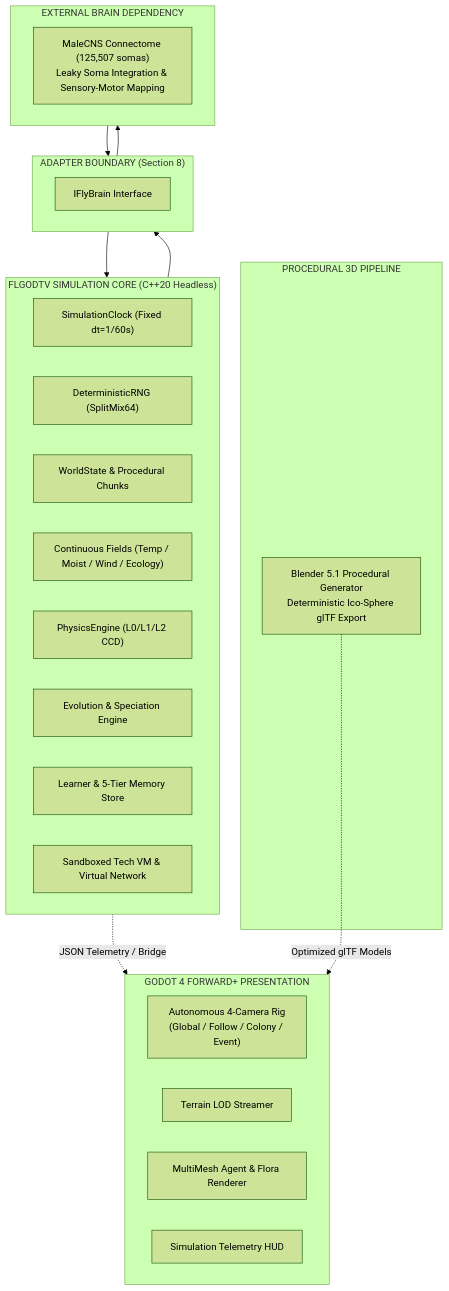
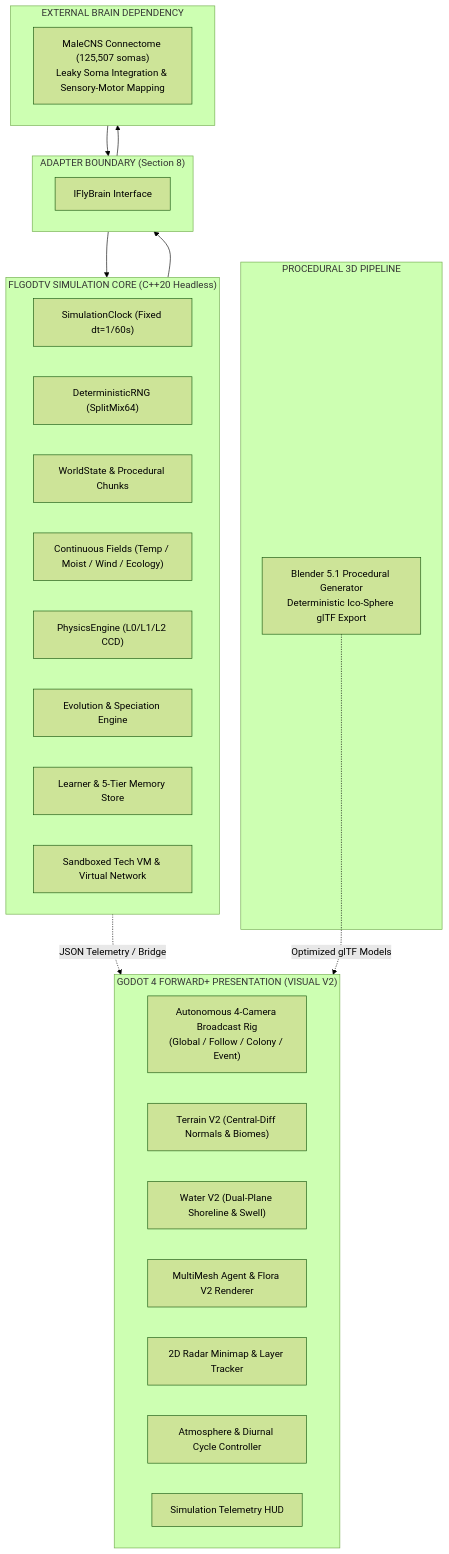
One commit to timfromhcs/flgodtv changed the diagram in README.md. Above: the diagram before and after it, drawn with Mermaid (forest theme). The commit also changed other lines of this file and 31 other files, not shown here.

Commit message:
feat(visual-v2): implement visual v2 presentation, terrain v2, water v2, minimap radar, and diurnal atmosphere

````diff
--- a/README.md
+++ b/README.md
@@ -135,39 +135,42 @@
 ```mermaid
 flowchart TD
     subgraph FLGOD_CORE["FLGODTV SIMULATION CORE (C++20 Headless)"]
         Clock["SimulationClock (Fixed dt=1/60s)"]
         RNG["DeterministicRNG (SplitMix64)"]
         World["WorldState & Procedural Chunks"]
         Fields["Continuous Fields (Temp / Moist / Wind / Ecology)"]
         Physics["PhysicsEngine (L0/L1/L2 CCD)"]
         Evolution["Evolution & Speciation Engine"]
         Learning["Learner & 5-Tier Memory Store"]
         Tech["Sandboxed Tech VM & Virtual Network"]
     end
 
     subgraph ADAPTER["ADAPTER BOUNDARY (Section 8)"]
         BrainIF["IFlyBrain Interface"]
     end
 
     subgraph EXTERNAL["EXTERNAL BRAIN DEPENDENCY"]
         MaleCNS["MaleCNS Connectome (125,507 somas)\nLeaky Soma Integration & Sensory-Motor Mapping"]
     end
 
     subgraph PIPELINE["PROCEDURAL 3D PIPELINE"]
         Blender["Blender 5.1 Procedural Generator\nDeterministic Ico-Sphere glTF Export"]
     end
 
-    subgraph FRONTEND["GODOT 4 FORWARD+ PRESENTATION"]
-        Rig["Autonomous 4-Camera Rig\n(Global / Follow / Colony / Event)"]
-        Terrain["Terrain LOD Streamer"]
-        Swarm["MultiMesh Agent & Flora Renderer"]
+    subgraph FRONTEND["GODOT 4 FORWARD+ PRESENTATION (VISUAL V2)"]
+        Rig["Autonomous 4-Camera Broadcast Rig\n(Global / Follow / Colony / Event)"]
+        Terrain["Terrain V2 (Central-Diff Normals & Biomes)"]
+        Water["Water V2 (Dual-Plane Shoreline & Swell)"]
+        Swarm["MultiMesh Agent & Flora V2 Renderer"]
+        Map["2D Radar Minimap & Layer Tracker"]
+        Atmo["Atmosphere & Diurnal Cycle Controller"]
         HUD["Simulation Telemetry HUD"]
     end
 
     FLGOD_CORE --> ADAPTER
     ADAPTER --> EXTERNAL
     EXTERNAL --> ADAPTER
     ADAPTER --> FLGOD_CORE
     FLGOD_CORE -. JSON Telemetry / Bridge .-> FRONTEND
     Blender -. Optimized glTF Models .-> FRONTEND
 ```
````
